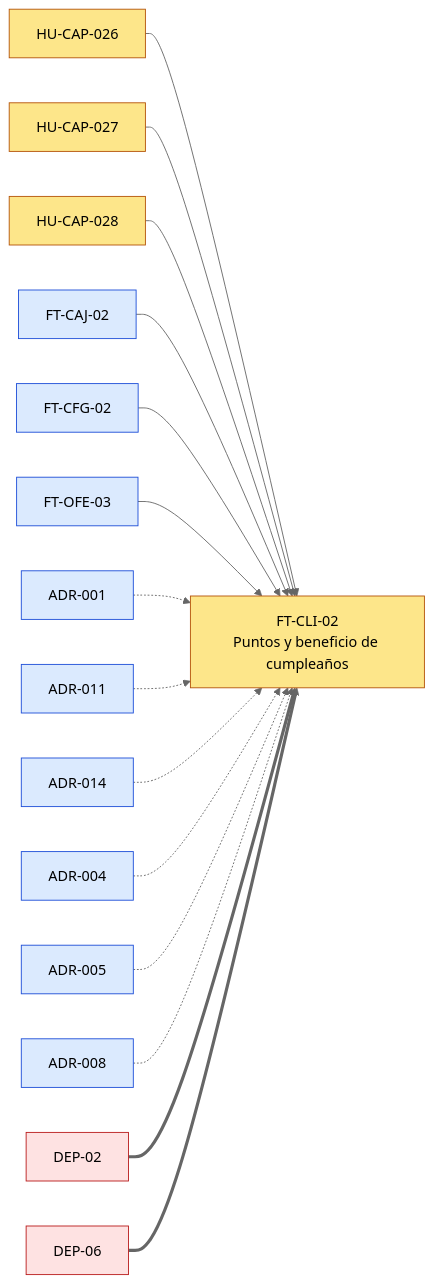
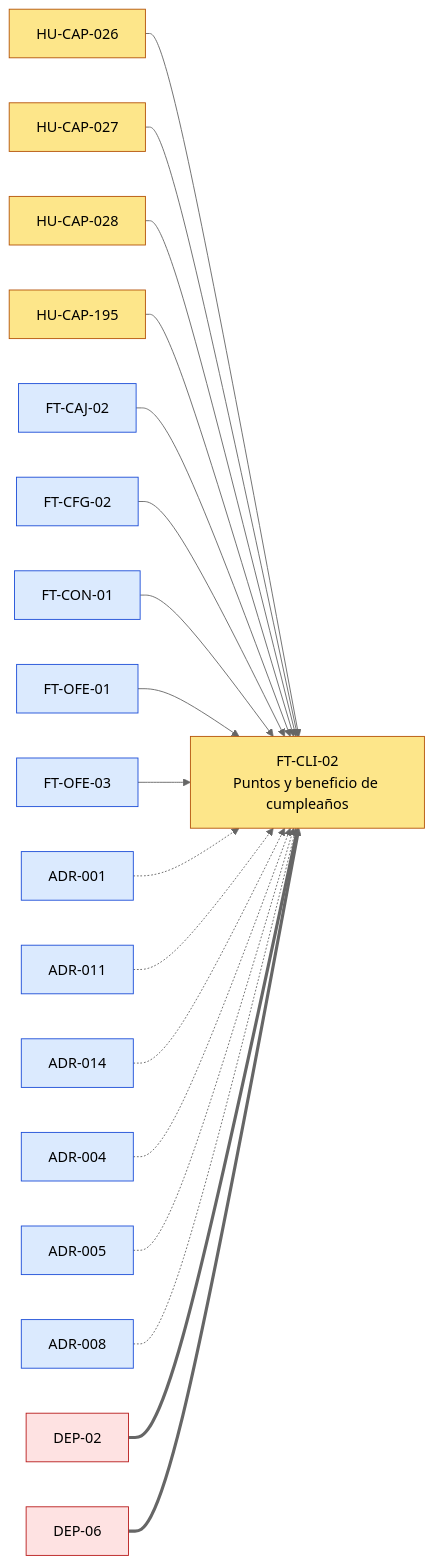
One commit to JoseEM26/caprichos changed the first of 4 diagrams in docs/dor/DOR-FT-CLI-02-puntos-y-beneficio-de-cumpleanos.md. Above: the diagram before and after it, drawn with Mermaid (neutral theme). The commit also changed other lines of this file and 208 other files, not shown here.

````diff
--- a/docs/dor/DOR-FT-CLI-02-puntos-y-beneficio-de-cumpleanos.md
+++ b/docs/dor/DOR-FT-CLI-02-puntos-y-beneficio-de-cumpleanos.md
@@ -51,21 +51,24 @@
 ```mermaid
 flowchart LR
   classDef evaluado fill:#fde68a,stroke:#b45309
   classDef interna fill:#dbeafe,stroke:#1d4ed8
   classDef externa fill:#fee2e2,stroke:#b91c1c
   FT_CLI_02["FT-CLI-02<br>Puntos y beneficio de cumpleaños"]:::evaluado
   HU_CAP_026["HU-CAP-026"]:::evaluado --> FT_CLI_02
   HU_CAP_027["HU-CAP-027"]:::evaluado --> FT_CLI_02
   HU_CAP_028["HU-CAP-028"]:::evaluado --> FT_CLI_02
+  HU_CAP_195["HU-CAP-195"]:::evaluado --> FT_CLI_02
   FT_CAJ_02["FT-CAJ-02"]:::interna --> FT_CLI_02
   FT_CFG_02["FT-CFG-02"]:::interna --> FT_CLI_02
+  FT_CON_01["FT-CON-01"]:::interna --> FT_CLI_02
+  FT_OFE_01["FT-OFE-01"]:::interna --> FT_CLI_02
   FT_OFE_03["FT-OFE-03"]:::interna --> FT_CLI_02
   ADR_001["ADR-001"]:::interna -.-> FT_CLI_02
   ADR_011["ADR-011"]:::interna -.-> FT_CLI_02
   ADR_014["ADR-014"]:::interna -.-> FT_CLI_02
   ADR_004["ADR-004"]:::interna -.-> FT_CLI_02
   ADR_005["ADR-005"]:::interna -.-> FT_CLI_02
   ADR_008["ADR-008"]:::interna -.-> FT_CLI_02
   DEP_02["DEP-02"]:::externa ==> FT_CLI_02
   DEP_06["DEP-06"]:::externa ==> FT_CLI_02
 ```
````
